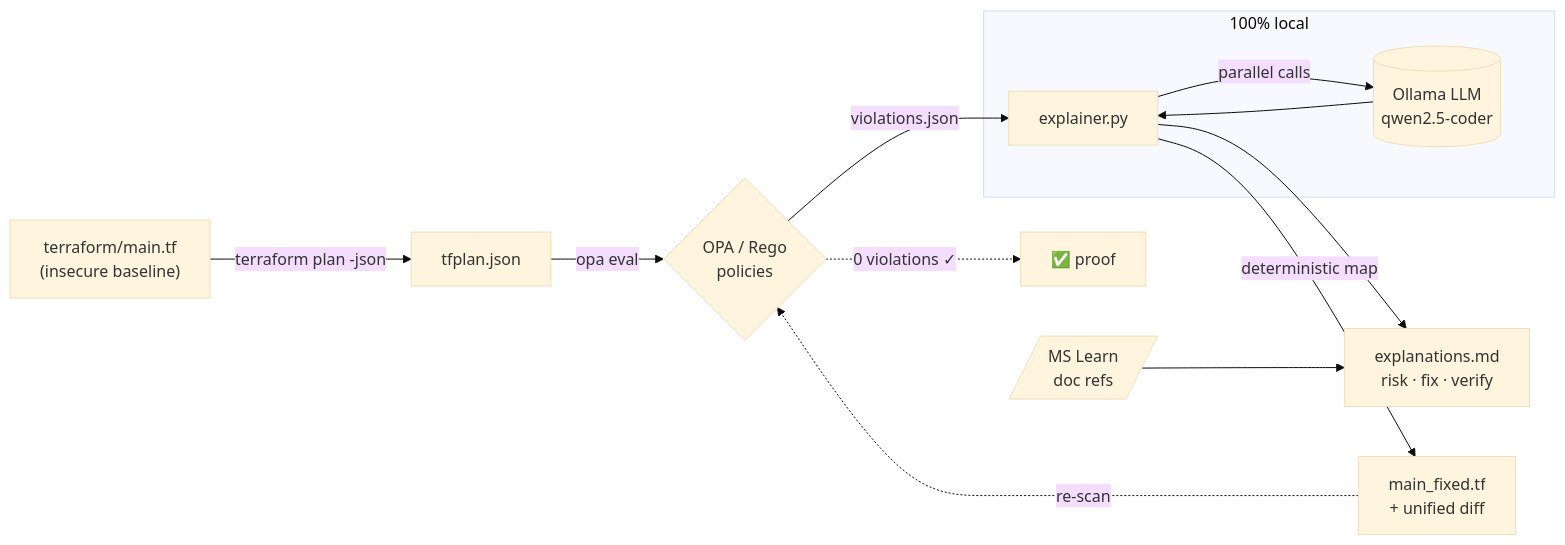
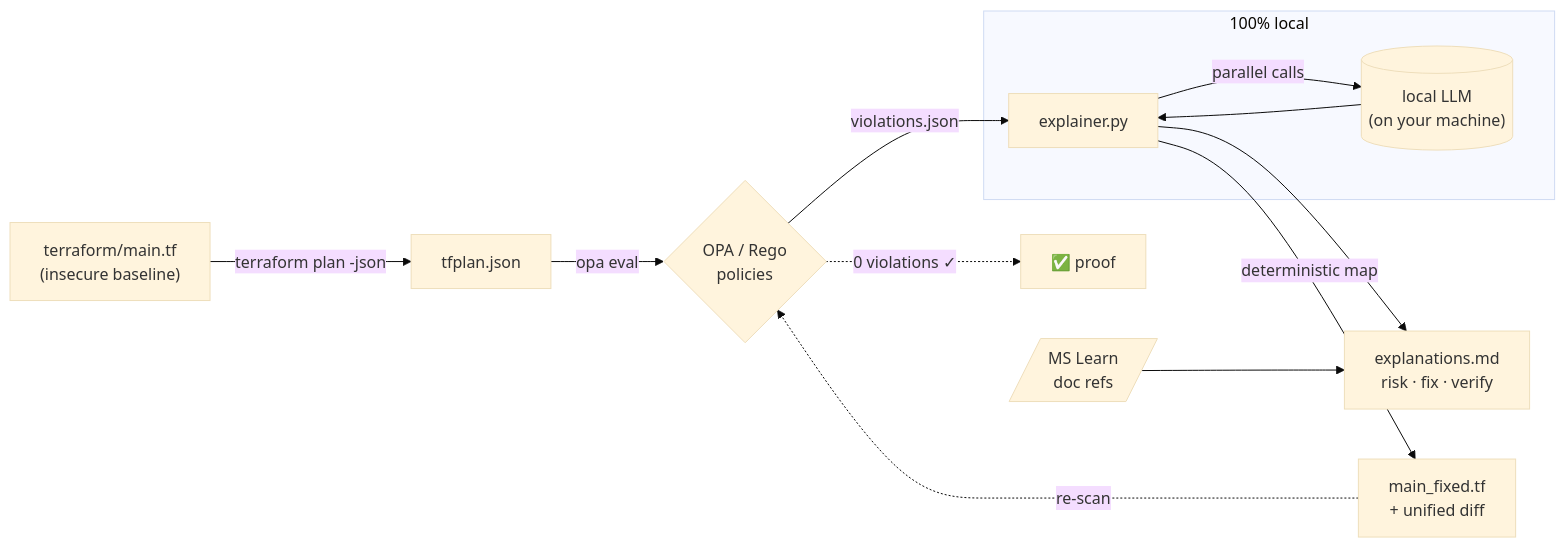
One commit to KatsaounisThanasis/policy-as-code-ai changed the diagram in README.md. Above: the diagram before and after it, drawn with Mermaid (base theme). The commit also changed other lines of this file, not shown here.

First line of the commit message:
README: refer to a generic local LLM in the narrative

````diff
--- a/README.md
+++ b/README.md
@@ -59,18 +59,18 @@
 ```mermaid
 flowchart LR
     TF["terraform/main.tf<br/>(insecure baseline)"] -->|terraform plan -json| PLAN["tfplan.json"]
     PLAN -->|opa eval| OPA{"OPA / Rego<br/>policies"}
     OPA -->|violations.json| EXP["explainer.py"]
 
     subgraph LOCAL["100% local"]
-        EXP -->|parallel calls| OLLAMA[("Ollama LLM<br/>qwen2.5-coder")]
+        EXP -->|parallel calls| OLLAMA[("local LLM<br/>(on your machine)")]
         OLLAMA --> EXP
     end
 
     EXP --> REPORT["explanations.md<br/>risk · fix · verify"]
     EXP -->|deterministic map| FIX["main_fixed.tf<br/>+ unified diff"]
     FIX -.->|re-scan| OPA
     OPA -.->|0 violations ✓| PROOF["✅ proof"]
 
     DOCS[/"MS Learn<br/>doc refs"/] --> REPORT
 ```
````
